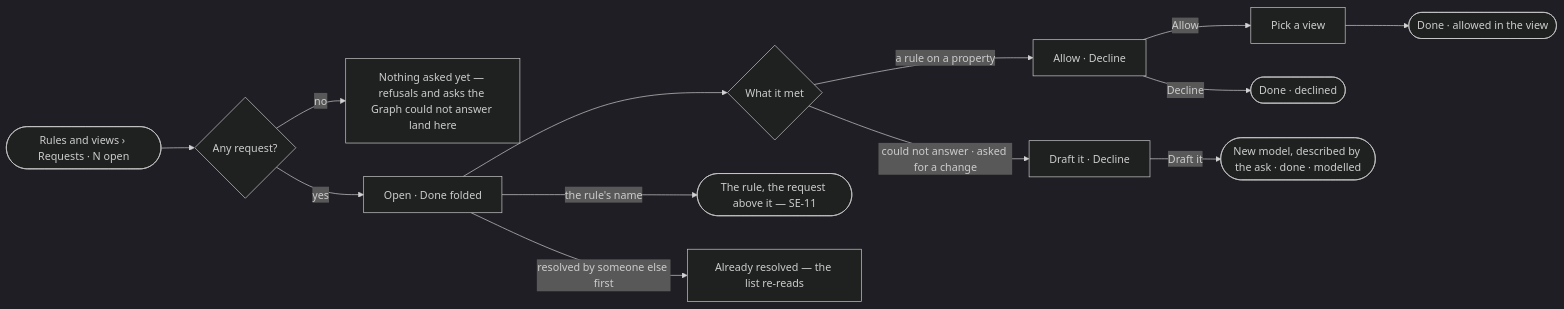
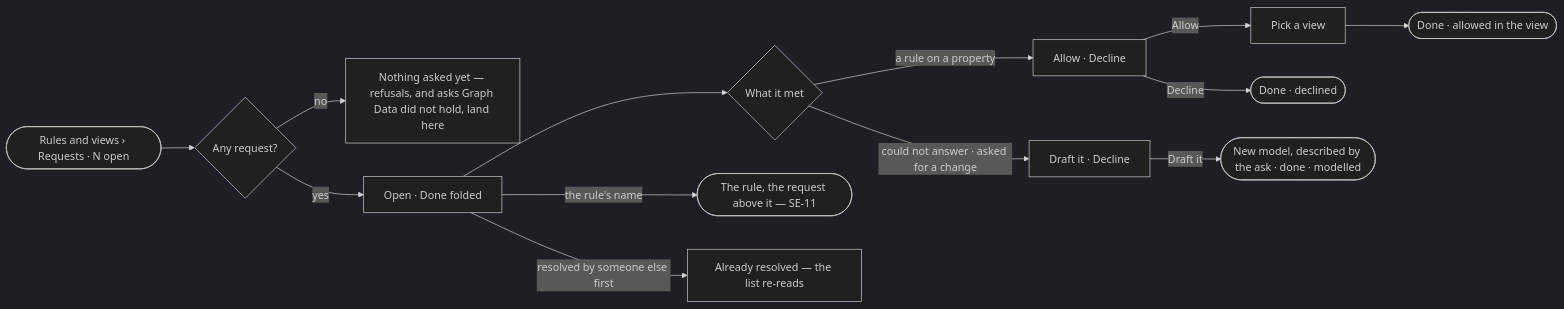
The diagram in specs/capabilities/semantics/features/SE-F07-rules/stories/SE-13-act-on-what-people-and-agents-ask-of-the-model/story.md (invana/invana), drawn with Mermaid (dark theme) before and after one commit. The commit also changed other lines of this file and 69 other files, not shown here.

First line of the commit message:
feat(specs): retire Graph as an object — Graph Data is the screen word

````diff
--- a/specs/capabilities/semantics/features/SE-F07-rules/stories/SE-13-act-on-what-people-and-agents-ask-of-the-model/story.md
+++ b/specs/capabilities/semantics/features/SE-F07-rules/stories/SE-13-act-on-what-people-and-agents-ask-of-the-model/story.md
@@ -28,14 +28,14 @@
 ```mermaid
 flowchart LR
   a([Rules and views › Requests · N open]) --> l{Any request?}
-  l -->|no| e["Nothing asked yet — refusals and asks the Graph could not answer land here"]
+  l -->|no| e["Nothing asked yet — refusals, and asks Graph Data did not hold, land here"]
   l -->|yes| o["Open · Done folded"]
   o --> k{What it met}
   k -->|a rule on a property| al["Allow · Decline"]
   k -->|could not answer · asked for a change| dr["Draft it · Decline"]
   al -->|Allow| pv["Pick a view"] --> d1(["Done · allowed in the view"])
   dr -->|Draft it| nm(["New model, described by the ask · done · modelled"])
   al -->|Decline| d2(["Done · declined"])
   o -->|the rule's name| r(["The rule, the request above it — SE-11"])
   o -->|resolved by someone else first| c["Already resolved — the list re-reads"]
 ```
````
